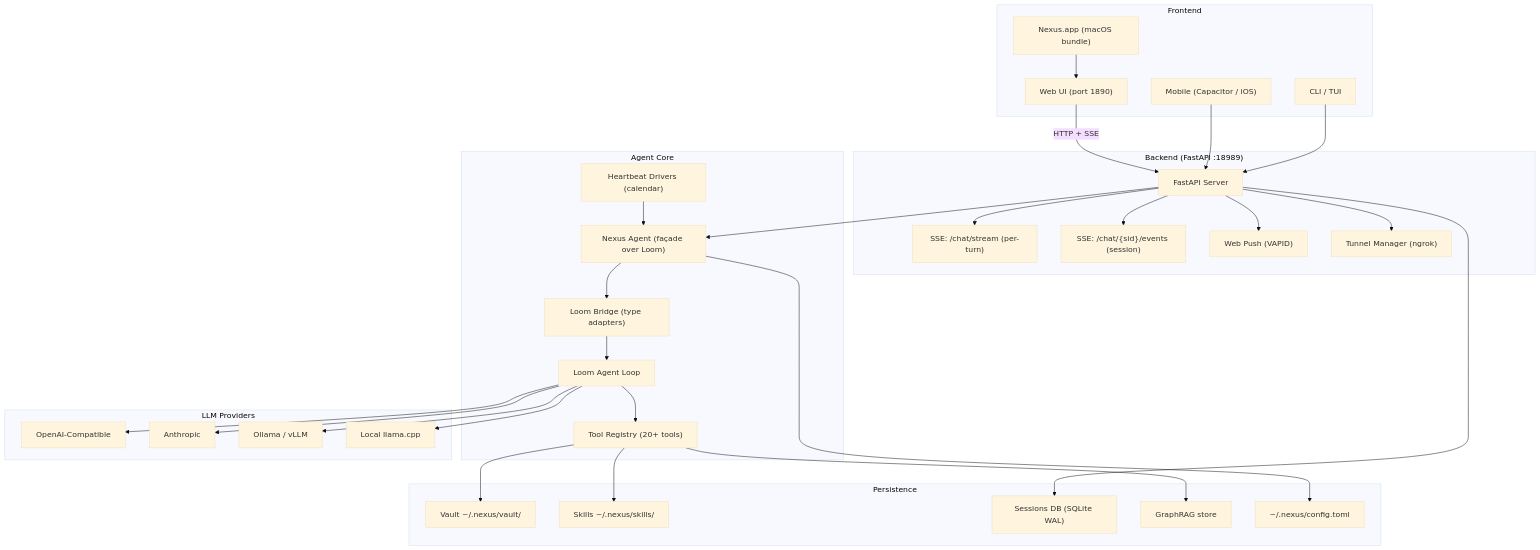
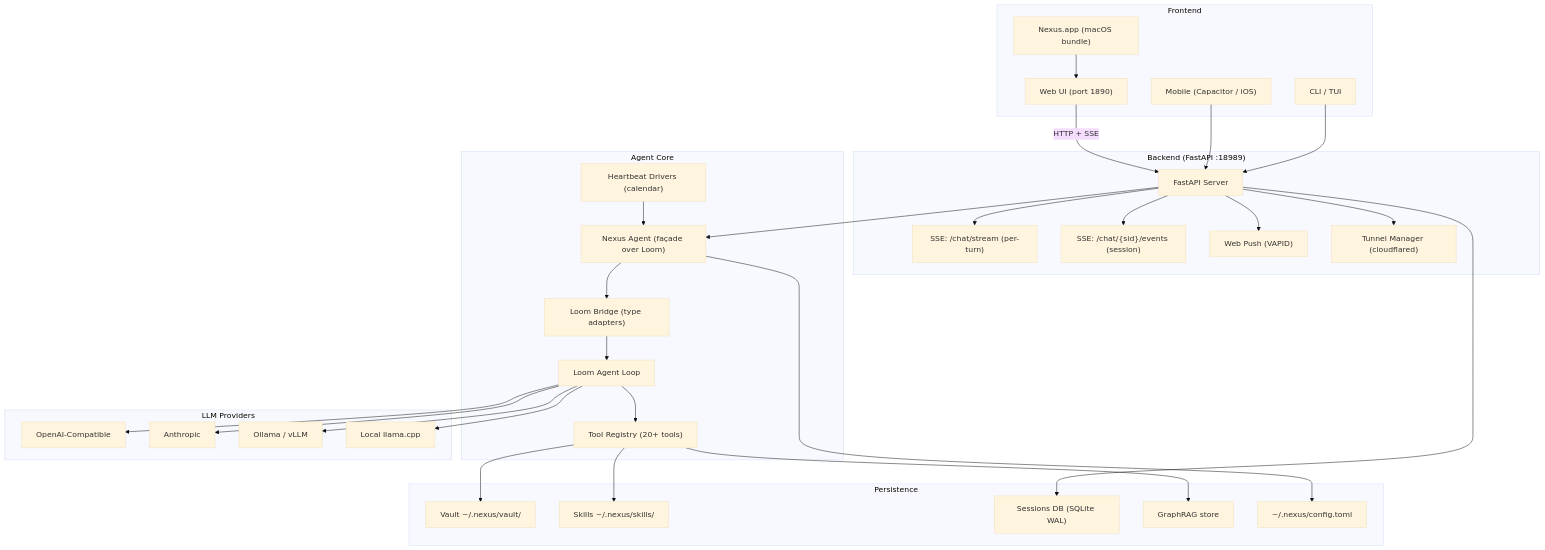
Before and after one commit to NinoCoelho/nexus: the first of 11 diagrams in README.md, drawn with Mermaid (base theme). The commit also changed other lines of this file and 15 other files, not shown here.

First line of the commit message:
feat(tunnel): replace ngrok with Cloudflare Quick Tunnel (no signup)

````diff
--- a/README.md
+++ b/README.md
@@ -110,56 +110,56 @@
 ```mermaid
 graph TB
     subgraph "Frontend"
         UI["Web UI (port 1890)"]
         APP["Nexus.app (macOS bundle)"]
         MOB["Mobile (Capacitor / iOS)"]
         CLI["CLI / TUI"]
     end
 
     subgraph "Backend (FastAPI :18989)"
         API["FastAPI Server"]
         SSE_T["SSE: /chat/stream (per-turn)"]
         SSE_E["SSE: /chat/{sid}/events (session)"]
         PUSH["Web Push (VAPID)"]
-        TUN["Tunnel Manager (ngrok)"]
+        TUN["Tunnel Manager (cloudflared)"]
     end
 
     subgraph "Agent Core"
         LOOP["Nexus Agent (façade over Loom)"]
         BRIDGE["Loom Bridge (type adapters)"]
         LOOM["Loom Agent Loop"]
         TOOLS["Tool Registry (20+ tools)"]
         HB["Heartbeat Drivers (calendar)"]
     end
 
     subgraph "LLM Providers"
         OAI["OpenAI-Compatible"]
         ANT["Anthropic"]
         OLL["Ollama / vLLM"]
         LLAMA["Local llama.cpp"]
     end
 
     subgraph "Persistence"
         VAULT["Vault ~/.nexus/vault/"]
         SKILLS["Skills ~/.nexus/skills/"]
         SESSIONS["Sessions DB (SQLite WAL)"]
         GRAPHRAG["GraphRAG store"]
         CONFIG["~/.nexus/config.toml"]
     end
 
     UI -->|"HTTP + SSE"| API
     APP --> UI
     MOB --> API
     CLI --> API
     API --> SSE_T
     API --> SSE_E
     API --> PUSH
     API --> TUN
     API --> LOOP
     LOOP --> BRIDGE --> LOOM --> TOOLS
     HB --> LOOP
     LOOM --> OAI & ANT & OLL & LLAMA
     TOOLS --> VAULT & SKILLS & GRAPHRAG
     API --> SESSIONS
     LOOP --> CONFIG
 ```
````
